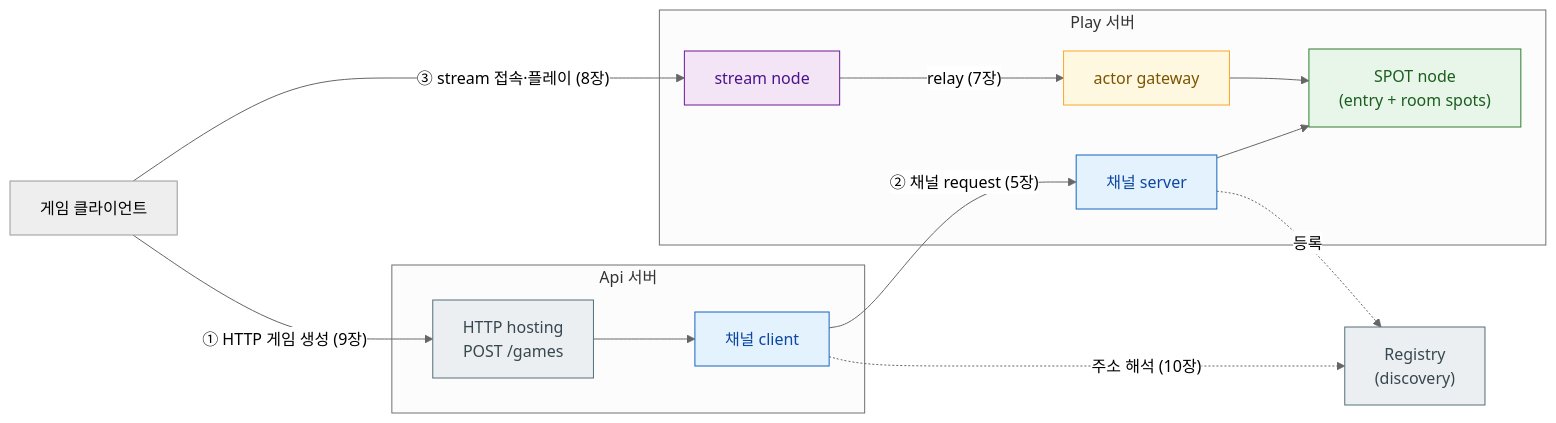
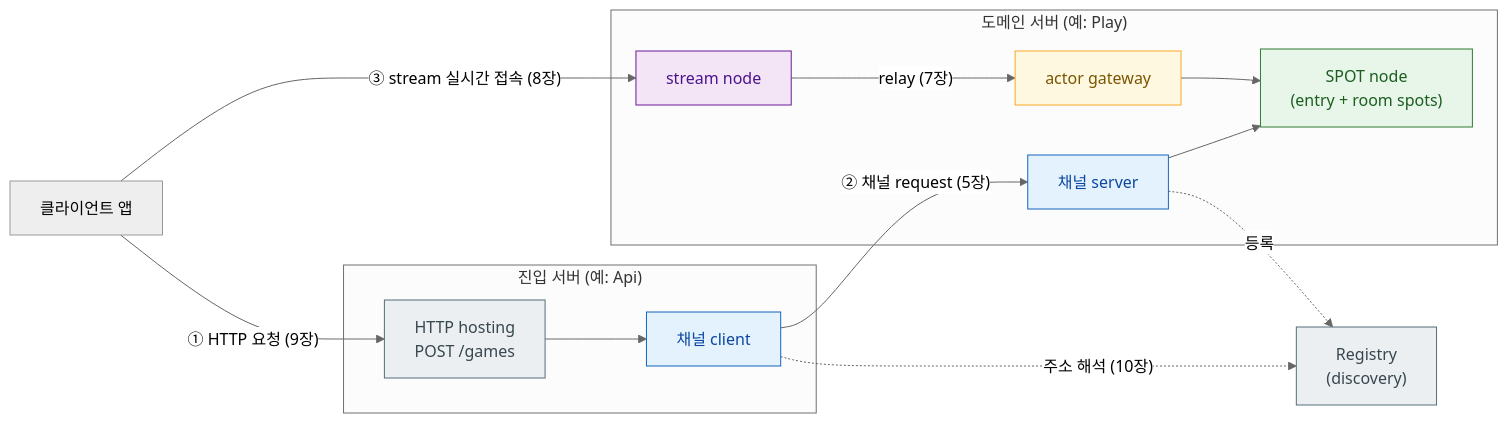
One commit to kairos-code-dev/zlink changed the diagram in framework/languages/cpp/doc/guide/01-overview.ko.md. Above: the diagram before and after it, drawn with Mermaid (neutral theme). The commit also changed other lines of this file and 1 other file, not shown here.

````diff
--- a/framework/languages/cpp/doc/guide/01-overview.ko.md
+++ b/framework/languages/cpp/doc/guide/01-overview.ko.md
@@ -99,30 +109,30 @@
 ```mermaid
 flowchart LR
-    Client["게임 클라이언트"]
-    subgraph Api["Api 서버"]
+    Client["클라이언트 앱"]
+    subgraph Api["진입 서버 (예: Api)"]
         HTTP["HTTP hosting<br/>POST /games"]:::infra
         ApiC["채널 client"]:::channel
     end
-    subgraph Play["Play 서버"]
-        PlayS["채널 server"]:::channel
+    subgraph Core["도메인 서버 (예: Play)"]
+        CoreS["채널 server"]:::channel
         SpotN["SPOT node<br/>(entry + room spots)"]:::spot
         StreamN["stream node"]:::stream
         ActorG["actor gateway"]:::actor
     end
     Registry["Registry<br/>(discovery)"]:::infra
 
-    Client -- "① HTTP 게임 생성 (9장)" --> HTTP
+    Client -- "① HTTP 요청 (9장)" --> HTTP
     HTTP --> ApiC
-    ApiC -- "② 채널 request (5장)" --> PlayS
-    PlayS --> SpotN
-    Client -- "③ stream 접속·플레이 (8장)" --> StreamN
+    ApiC -- "② 채널 request (5장)" --> CoreS
+    CoreS --> SpotN
+    Client -- "③ stream 실시간 접속 (8장)" --> StreamN
     StreamN -- "relay (7장)" --> ActorG --> SpotN
     ApiC -.->|"주소 해석 (10장)"| Registry
-    PlayS -.->|등록| Registry
+    CoreS -.->|등록| Registry
 
     classDef channel fill:#e3f2fd,stroke:#1565c0,color:#0d47a1
     classDef spot fill:#e8f5e9,stroke:#2e7d32,color:#1b5e20
     classDef actor fill:#fff8e1,stroke:#f9a825,color:#795500
     classDef stream fill:#f3e5f5,stroke:#6a1b9a,color:#4a148c
     classDef infra fill:#eceff1,stroke:#546e7a,color:#37474f
 ```
````
